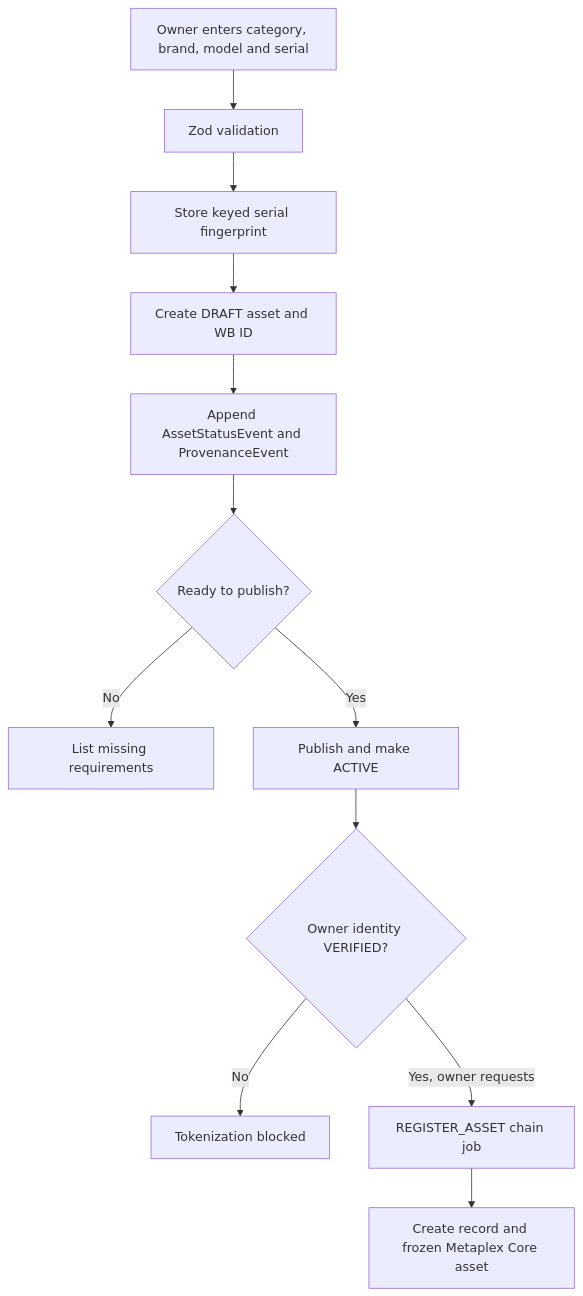
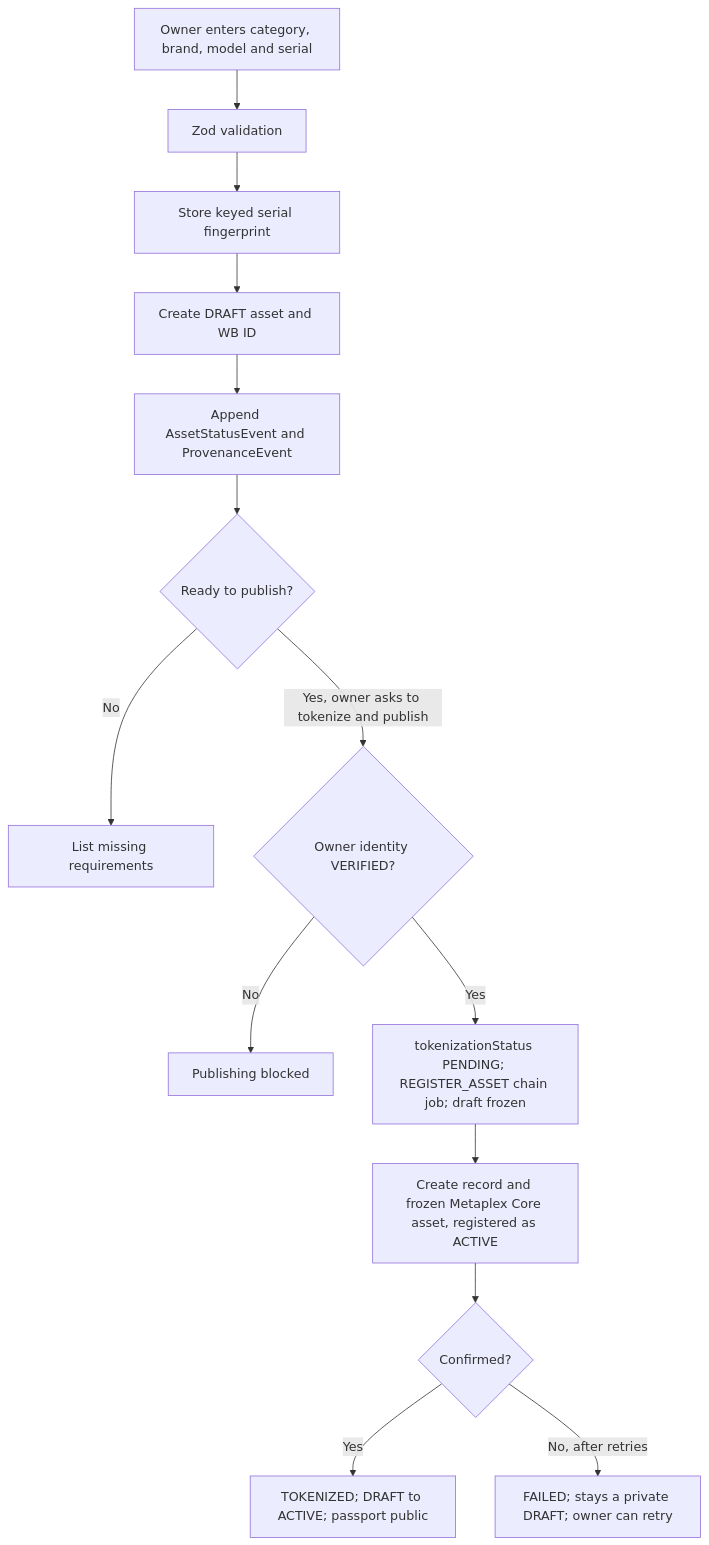
One commit to BBoy416/WORTHYBOUND changed the fourth of 35 diagrams in docs/architecture.md. Above: the diagram before and after it, drawn with Mermaid. The commit also changed other lines of this file and 18 other files, not shown here.

Commit message:
Tokenize every item before its passport is published

````diff
--- a/docs/architecture.md
+++ b/docs/architecture.md
@@ -116,14 +116,16 @@
 ```mermaid
 flowchart TD
 Owner["Owner enters category, brand, model and serial"] --> Validate["Zod validation"]
 Validate --> Fingerprint["Store keyed serial fingerprint"]
 Fingerprint --> Draft["Create DRAFT asset and WB ID"]
 Draft --> Log["Append AssetStatusEvent and ProvenanceEvent"]
 Log --> Ready{"Ready to publish?"}
 Ready -->|"No"| Missing["List missing requirements"]
-Ready -->|"Yes"| Publish["Publish and make ACTIVE"]
-Publish --> Identity{"Owner identity VERIFIED?"}
-Identity -->|"No"| Block["Tokenization blocked"]
-Identity -->|"Yes, owner requests"| Job["REGISTER_ASSET chain job"]
-Job --> Mint["Create record and frozen Metaplex Core asset"]
+Ready -->|"Yes, owner asks to tokenize and publish"| Identity{"Owner identity VERIFIED?"}
+Identity -->|"No"| Block["Publishing blocked"]
+Identity -->|"Yes"| Job["tokenizationStatus PENDING; REGISTER_ASSET chain job; draft frozen"]
+Job --> Mint["Create record and frozen Metaplex Core asset, registered as ACTIVE"]
+Mint --> Confirmed{"Confirmed?"}
+Confirmed -->|"Yes"| Publish["TOKENIZED; DRAFT to ACTIVE; passport public"]
+Confirmed -->|"No, after retries"| Failed["FAILED; stays a private DRAFT; owner can retry"]
 ```
````
